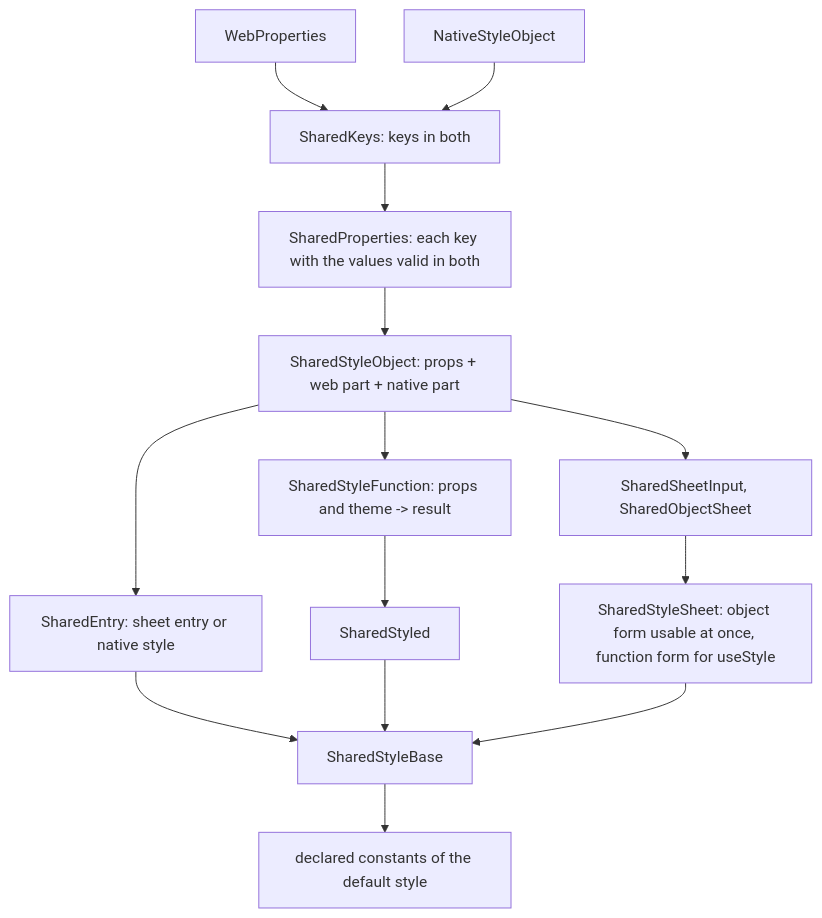
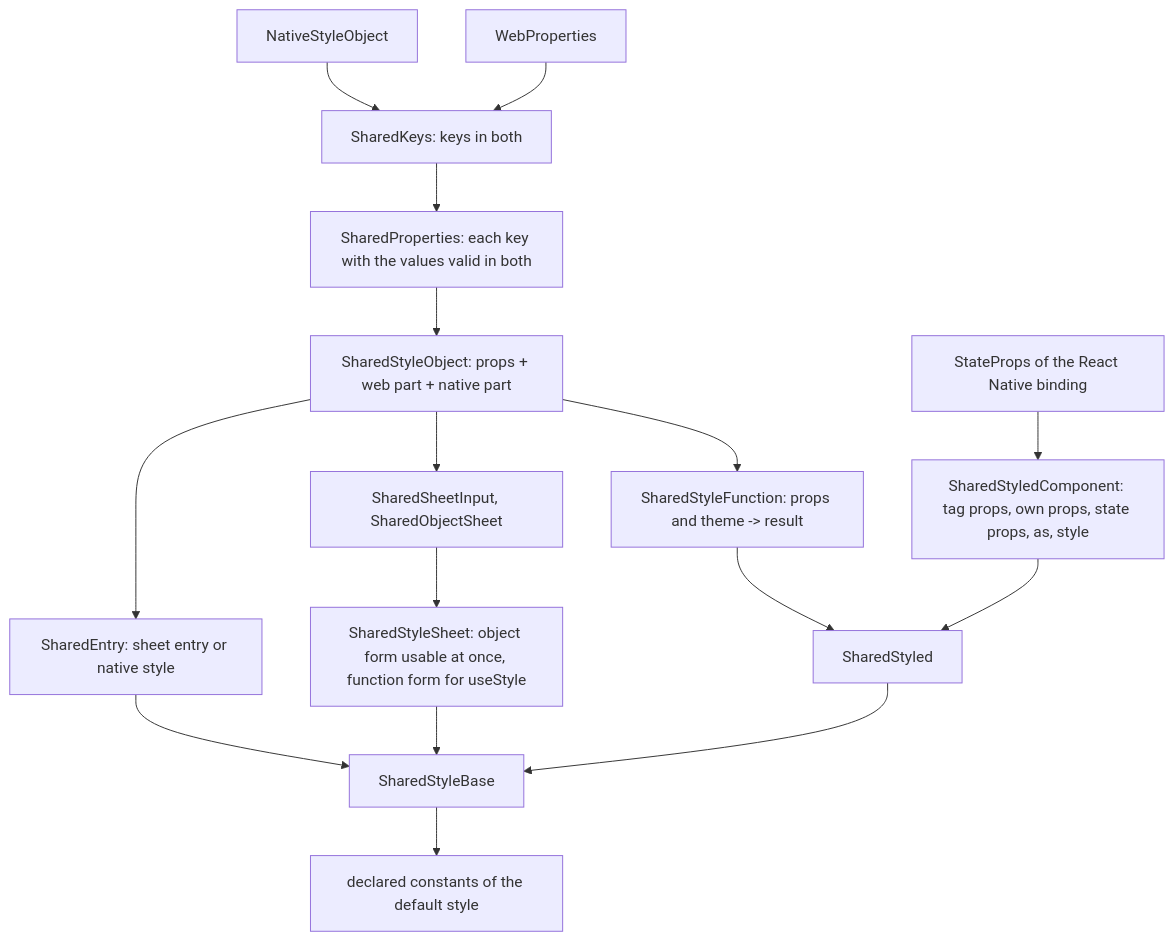
One commit to soroush-tech/umber-style changed the diagram in packages/umber-style/src/sharedCommon.md. Above: the diagram before and after it, drawn with Mermaid. The commit also changed other lines of this file and 80 other files, not shown here.

Commit message:
feat: state keys for hovered, pressed, focused and disabled mean the same on the web and on React Native, and every package is at 0.4.0 - close #42

````diff
--- a/packages/umber-style/src/sharedCommon.md
+++ b/packages/umber-style/src/sharedCommon.md
@@ -20,16 +20,18 @@
 ```mermaid
 flowchart TD
   web["WebProperties"] --> keys["SharedKeys: keys in both"]
   native["NativeStyleObject"] --> keys
   keys --> props["SharedProperties: each key with the values valid in both"]
   props --> obj["SharedStyleObject: props + web part + native part"]
   obj --> fn["SharedStyleFunction: props and theme -> result"]
   obj --> sheet["SharedSheetInput, SharedObjectSheet"]
   obj --> entry["SharedEntry: sheet entry or native style"]
   fn --> styled["SharedStyled"]
   sheet --> ss["SharedStyleSheet: object form usable at once, function form for useStyle"]
   entry --> base["SharedStyleBase<T>"]
   styled --> base
   ss --> base
   base --> decl["declared constants of the default style"]
+  stateProps["StateProps of the React Native binding"] --> comp["SharedStyledComponent: tag props, own props, state props, as, style"]
+  comp --> styled
 ```
````
